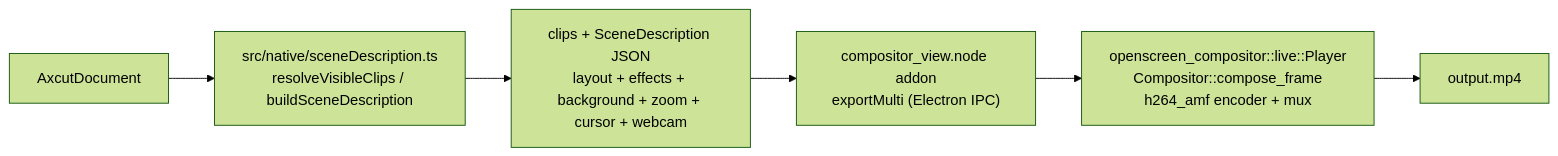
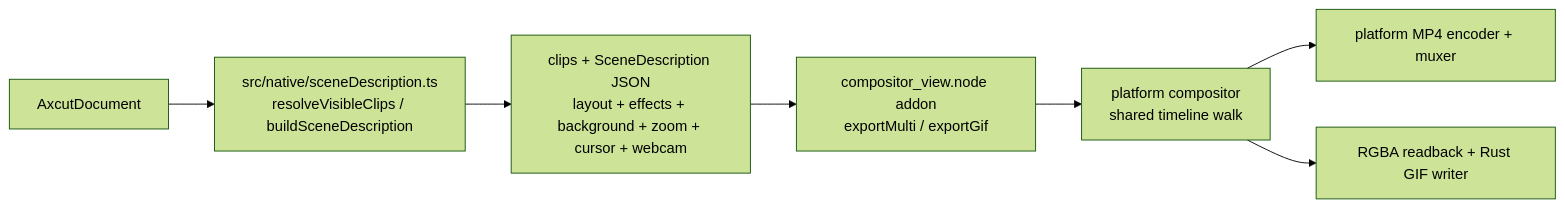
The diagram in technical-documentation/architecture/export-pipeline.md (tebuevd/openscreen), drawn with Mermaid (forest theme) before and after one commit. The commit also changed other lines of this file and 2 other files, not shown here.

Commit message:
docs: align Retina validation and export contracts

````diff
--- a/technical-documentation/architecture/export-pipeline.md
+++ b/technical-documentation/architecture/export-pipeline.md
@@ -19,10 +23,13 @@
 ```mermaid
 flowchart LR
     DOC["AxcutDocument"]
     TSD["src/native/sceneDescription.ts<br/>resolveVisibleClips / buildSceneDescription"]
     RP["clips + SceneDescription JSON<br/>layout + effects + background + zoom + cursor + webcam"]
-    ADDON["compositor_view.node addon<br/>exportMulti (Electron IPC)"]
-    NATIVE["openscreen_compositor::live::Player<br/>Compositor::compose_frame<br/>h264_amf encoder + mux"]
-    FILE["output.mp4"]
-    DOC --> TSD --> RP --> ADDON --> NATIVE --> FILE
+    ADDON["compositor_view.node addon<br/>exportMulti / exportGif"]
+    NATIVE["platform compositor<br/>shared timeline walk"]
+    MP4["platform MP4 encoder + muxer"]
+    GIF["RGBA readback + Rust GIF writer"]
+    DOC --> TSD --> RP --> ADDON --> NATIVE
+    NATIVE --> MP4
+    NATIVE --> GIF
 ```
````
